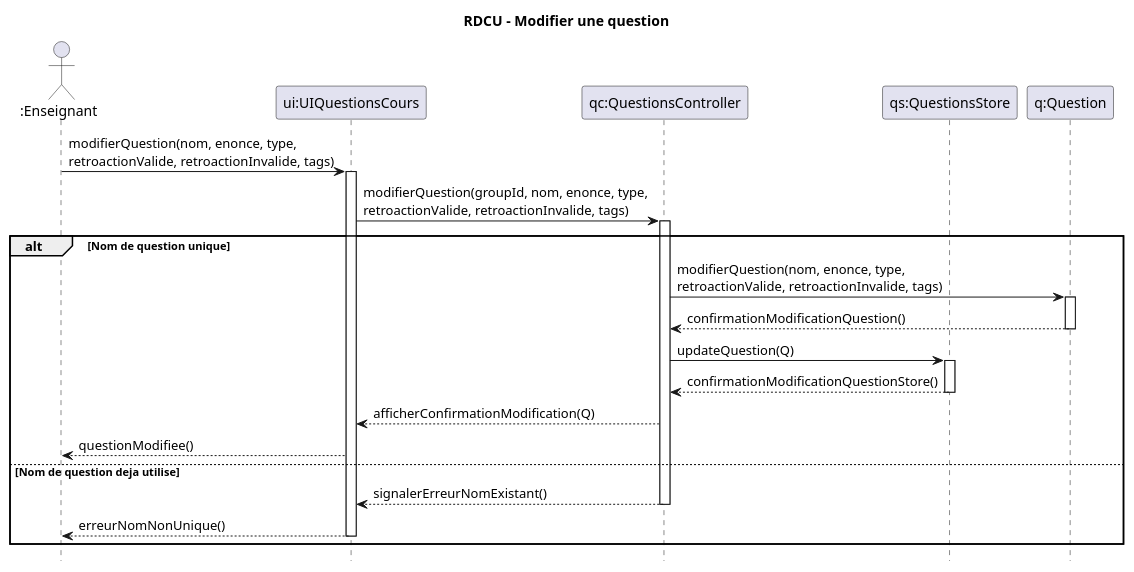
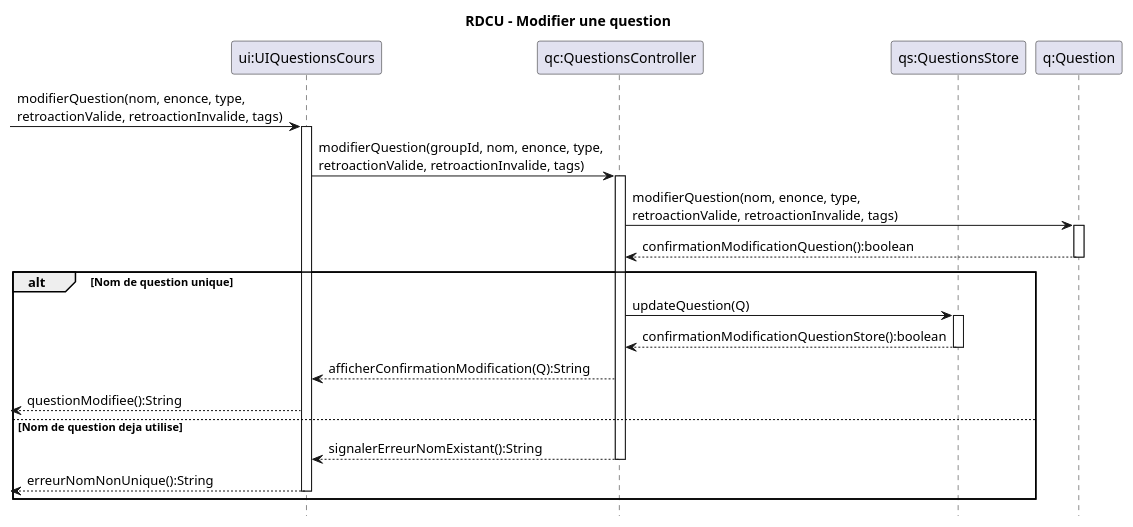
One commit to xMrYahya/moodle-clone changed the diagram in docs/modeles/cu02/rdcu-modifier-question.puml. Above: the diagram before and after it, drawn with PlantUML. The commit also changed 4 other files, not shown here.

```diff
--- a/docs/modeles/cu02/rdcu-modifier-question.puml
+++ b/docs/modeles/cu02/rdcu-modifier-question.puml
@@ -1,44 +1,41 @@
 @startuml
 hide footbox
 title RDCU – Modifier une question
 
-actor ":Enseignant" as e
 participant "ui:UIQuestionsCours" as UI
 participant "qc:QuestionsController" as QC
 participant "qs:QuestionsStore" as QS
 participant "q:Question" as Q
 
 
-e -> UI : modifierQuestion(nom, enonce, type,\nretroactionValide, retroactionInvalide, tags)
+-> UI : modifierQuestion(nom, enonce, type,\nretroactionValide, retroactionInvalide, tags)
 activate UI
 
 UI -> QC : modifierQuestion(groupId, nom, enonce, type,\nretroactionValide, retroactionInvalide, tags)
 activate QC
 
-
+QC -> Q : modifierQuestion(nom, enonce, type,\nretroactionValide, retroactionInvalide, tags)
+activate Q
+Q --> QC : confirmationModificationQuestion():boolean
+deactivate Q
 
 alt Nom de question unique
-    QC -> Q : modifierQuestion(nom, enonce, type,\nretroactionValide, retroactionInvalide, tags)
-    activate Q
-    Q --> QC : confirmationModificationQuestion()
-    deactivate Q
-
     QC -> QS : updateQuestion(Q)
     activate QS
-    QS --> QC : confirmationModificationQuestionStore()
+    QS --> QC : confirmationModificationQuestionStore():boolean
     deactivate QS
 
-    QC --> UI : afficherConfirmationModification(Q)
+    QC --> UI : afficherConfirmationModification(Q):String
 
-    UI --> e : questionModifiee()
+    <-- UI : questionModifiee():String
 
 
 else Nom de question deja utilise
-    QC --> UI : signalerErreurNomExistant()
+    QC --> UI : signalerErreurNomExistant():String
     deactivate QC
 
-    UI --> e : erreurNomNonUnique()
+    <-- UI : erreurNomNonUnique():String
     deactivate UI
 end
 
 @enduml
```
